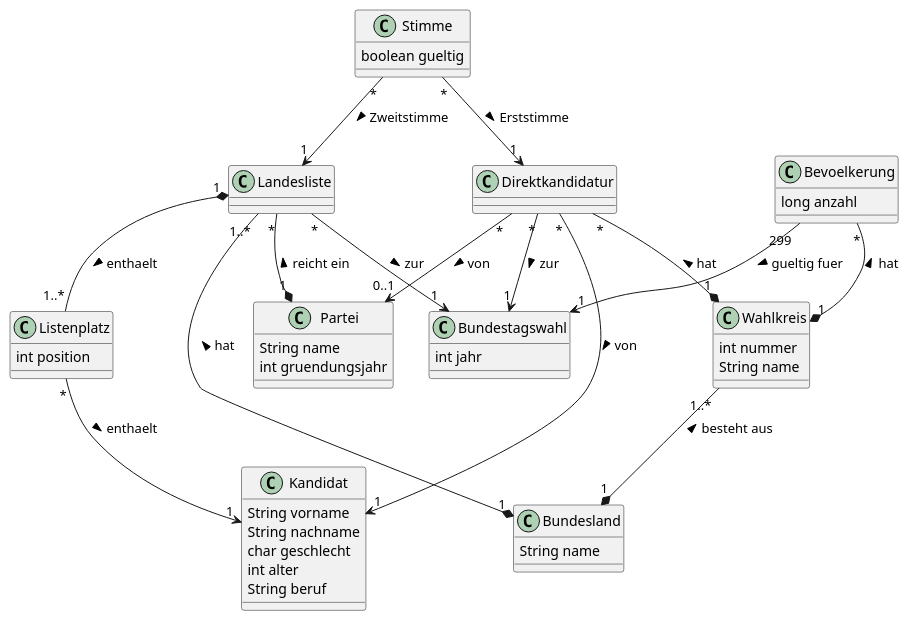
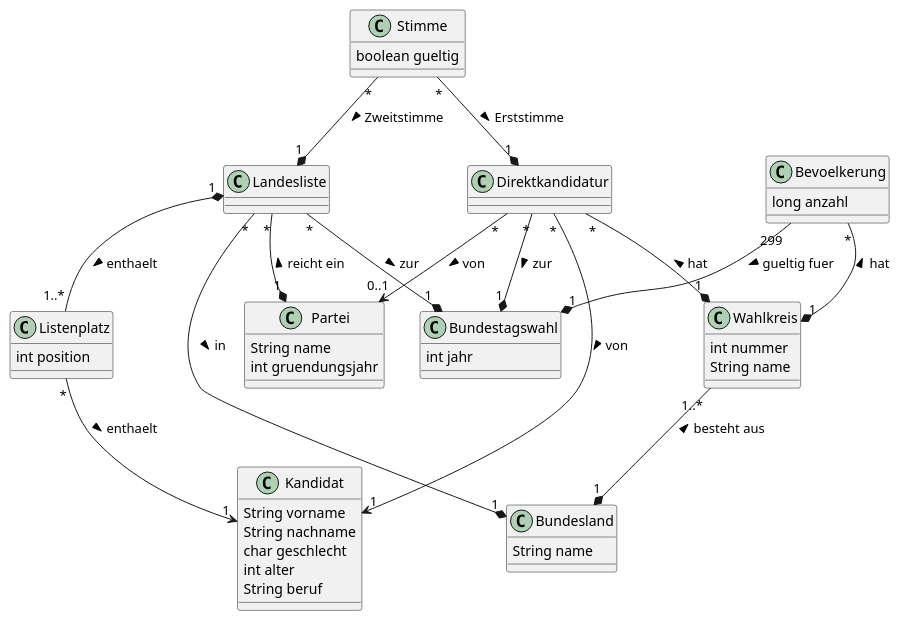
The diagram in Blatt1/Aufgabe3.puml (Toemmsche/database-systems-project-mirror), drawn with PlantUML before and after one commit. The commit also changed 1 other file, not shown here.

```diff
--- a/Blatt1/Aufgabe3.puml
+++ b/Blatt1/Aufgabe3.puml
@@ -1,66 +1,66 @@
 @startuml
 class Kandidat {
     String vorname
     String nachname
     char geschlecht
     int alter
     String beruf
 }
 
 class Bundesland {
     String name
 }
 
 class Partei {
     String name
     int gruendungsjahr
 }
 
 class Bundestagswahl{
    int jahr
 }
 
 class Bevoelkerung {
     long anzahl
 }
 
 class Landesliste {
 }
 
 
 class Listenplatz {
     int position
 }
 
 class Wahlkreis {
     int nummer
     String name
 }
 
 class Stimme {
     boolean gueltig
 }
 
 class Direktkandidatur {
 }
 
-Landesliste "1..*" --* "1" Bundesland : < hat
+Landesliste "*" --* "1" Bundesland : in >
 Landesliste "*" --* "1" Partei : < reicht ein
-Landesliste "*" --> "1" Bundestagswahl: zur >
+Landesliste "*" --* "1" Bundestagswahl: zur >
 
 Landesliste "1" *-- "1..*" Listenplatz : enthaelt >
 Listenplatz "*" --> "1" Kandidat : enthaelt >
 
 Wahlkreis "1..*" --* "1" Bundesland : besteht aus <
 
 Bevoelkerung "*" --* "1" Wahlkreis : < hat
-Bevoelkerung "299" --> "1" Bundestagswahl: gueltig fuer >
+Bevoelkerung "299" --* "1" Bundestagswahl: gueltig fuer >
 
 Direktkandidatur "*" --> "1" Kandidat : von >
 Direktkandidatur "*" --* "1" Wahlkreis : < hat
 Direktkandidatur "*" --> "0..1" Partei : von >
-Direktkandidatur "*" --> "1" Bundestagswahl: zur >
+Direktkandidatur "*" --* "1" Bundestagswahl: zur >
 
-Stimme "*" --> "1" Direktkandidatur : Erststimme >
-Stimme "*" --> "1" Landesliste : Zweitstimme >
+Stimme "*" --* "1" Direktkandidatur : Erststimme >
+Stimme "*" --* "1" Landesliste : Zweitstimme >
 @enduml
```
